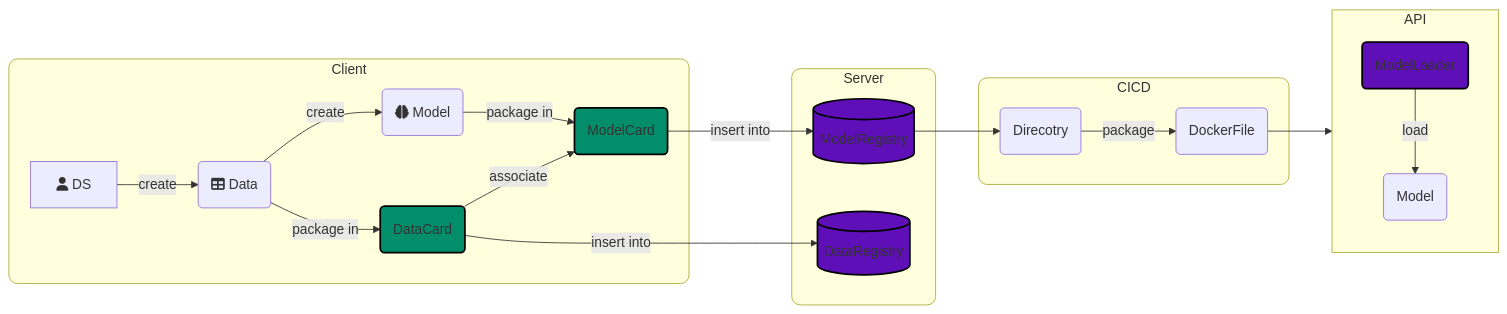
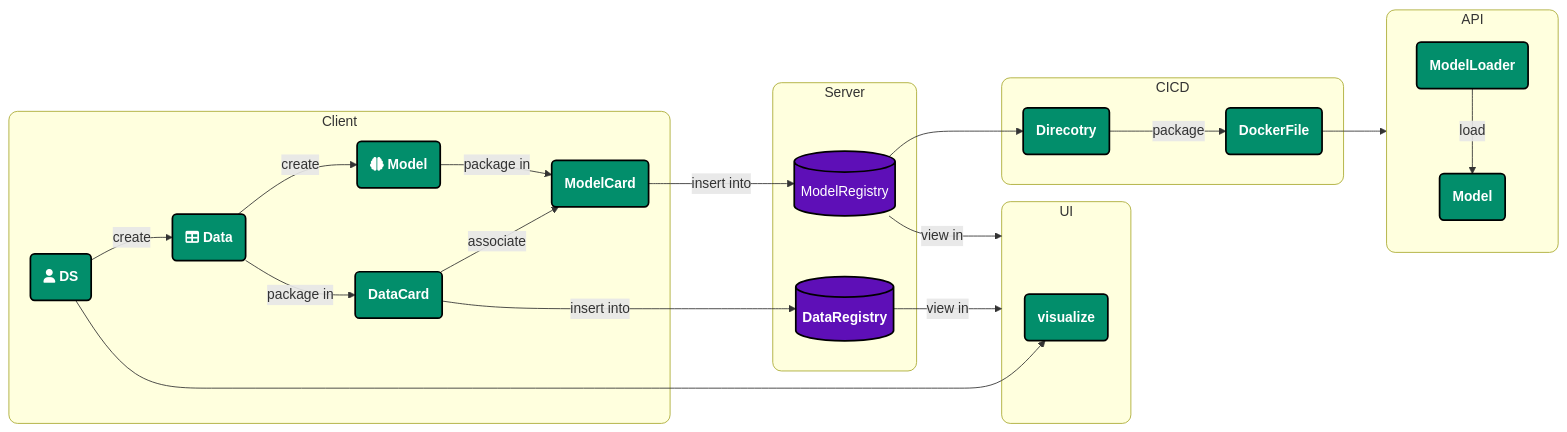
One commit to demml/opsml changed the diagram in docs/docs/interfaces/model/deployment.md. Above: the diagram before and after it, drawn with Mermaid. The commit also changed 3 other files, not shown here.

````diff
--- a/docs/docs/interfaces/model/deployment.md
+++ b/docs/docs/interfaces/model/deployment.md
@@ -5,37 +5,57 @@
 ```mermaid
 flowchart LR
     subgraph Client
-    user[fa:fa-user DS] -->|create| data(fa:fa-table Data)
+    user(fa:fa-user DS) -->|create| data(fa:fa-table Data)
     data -->|create|model(fa:fa-brain Model)
     data -->|package in|datacard(DataCard)
     model -->|package in|modelcard(ModelCard)
     datacard -->|associate|modelcard
     end 
 
     subgraph Server
     datacard -->|insert into|datareg[(DataRegistry)]
     modelcard -->|insert into|modelreg[(ModelRegistry)]
     end
 
     subgraph CICD
     modelreg --> dir(Direcotry)
     dir --> |package|docker(DockerFile)
     end
 
 
     subgraph API
     loaded(ModelLoader) -->|load|loaded_model(Model)
     end
 
     docker --> API
 
+    subgraph UI
+    vis(visualize)
+    end
+
+    user --> vis
+    modelreg -->|view in|UI
+    datareg -->|view in|UI
+
+
     style Client rx:10,ry:10
     style Server rx:10,ry:10
     style CICD rx:10,ry:10
-    style datacard fill:#028e6b,stroke:black,stroke-width:2px
-    style modelcard fill:#028e6b,stroke:black,stroke-width:2px
+    style API rx:10,ry:10
+    style UI rx:10,ry:10
 
-    style datareg fill:#5e0fb7,stroke:black,stroke-width:2px
-    style modelreg fill:#5e0fb7,stroke:black,stroke-width:2px
-    style loaded fill:#5e0fb7,stroke:black,stroke-width:2px
+
+    style user fill:#028e6b,stroke:black,stroke-width:2px,color:white,font-weight:bolder
+    style data fill:#028e6b,stroke:black,stroke-width:2px,color:white,font-weight:bolder
+    style model fill:#028e6b,stroke:black,stroke-width:2px,color:white,font-weight:bolder
+    style datacard fill:#028e6b,stroke:black,stroke-width:2px,color:white,font-weight:bolder
+    style modelcard fill:#028e6b,stroke:black,stroke-width:2px,color:white,font-weight:bolder
+    style loaded fill:#028e6b,stroke:black,stroke-width:2px,color:white,font-weight:bolder
+    style dir fill:#028e6b,stroke:black,stroke-width:2px,color:white,font-weight:bolder
+    style docker fill:#028e6b,stroke:black,stroke-width:2px,color:white,font-weight:bolder
+    style loaded_model fill:#028e6b,stroke:black,stroke-width:2px,color:white,font-weight:bolder
+    style vis fill:#028e6b,stroke:black,stroke-width:2px,color:white,font-weight:bolder
+
+    style datareg fill:#5e0fb7,stroke:black,stroke-width:2px,color:white,font-weight:bolder
+    style modelreg fill:#5e0fb7,stroke:black,stroke-width:2px,color:white,font-weight:bolderack
 ```
````
